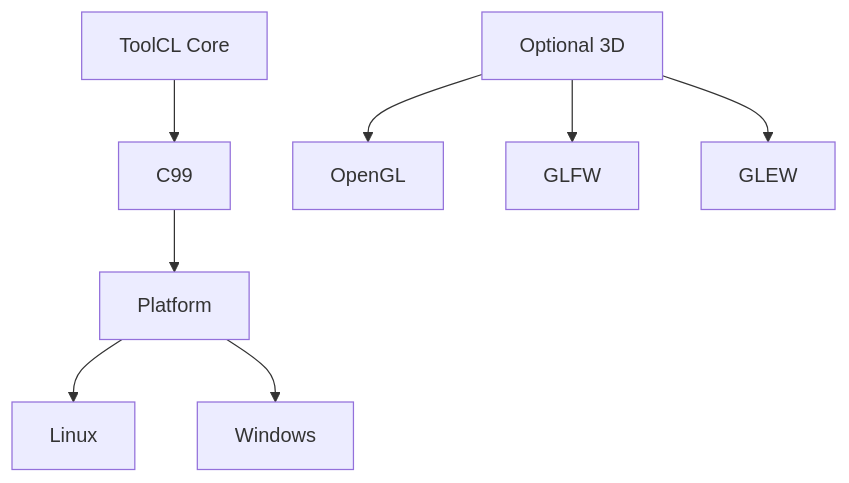
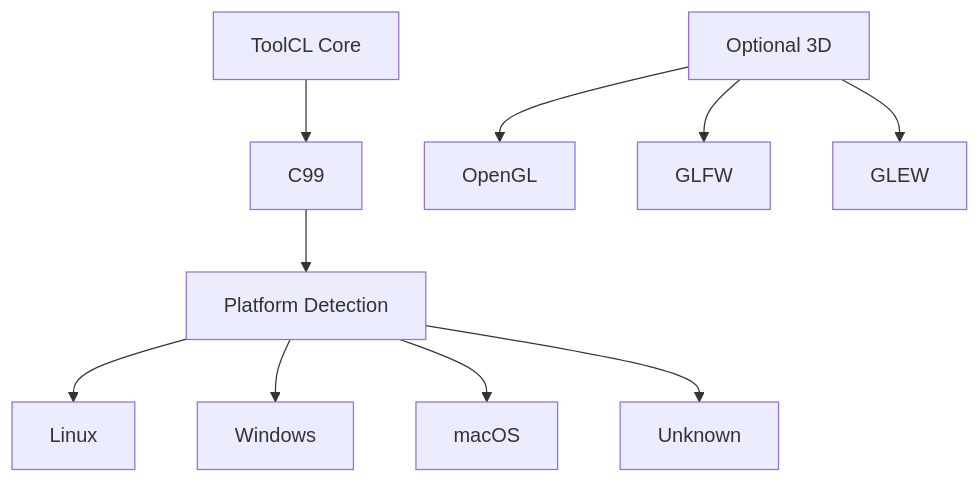
The third of 3 diagrams in README.md (ToolGits/ToolCL), drawn with Mermaid before and after one commit. The commit also changed other lines of this file, not shown here.

````diff
--- a/README.md
+++ b/README.md
@@ -951,12 +1055,14 @@
 ```mermaid
 flowchart TD
     A[ToolCL Core] --> B[C99]
-    B --> C[Platform]
+    B --> C[Platform Detection]
 
     C --> D[Linux]
     C --> E[Windows]
+    C --> F[macOS]
+    C --> G[Unknown]
 
-    F[Optional 3D] --> G[OpenGL]
-    F --> H[GLFW]
-    F --> I[GLEW]
+    H[Optional 3D] --> I[OpenGL]
+    H --> J[GLFW]
+    H --> K[GLEW]
 ```
````
